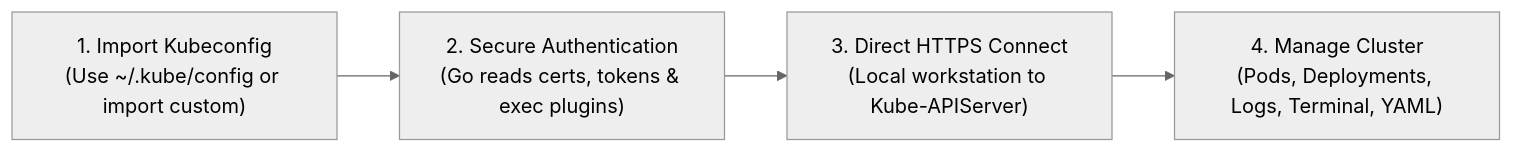
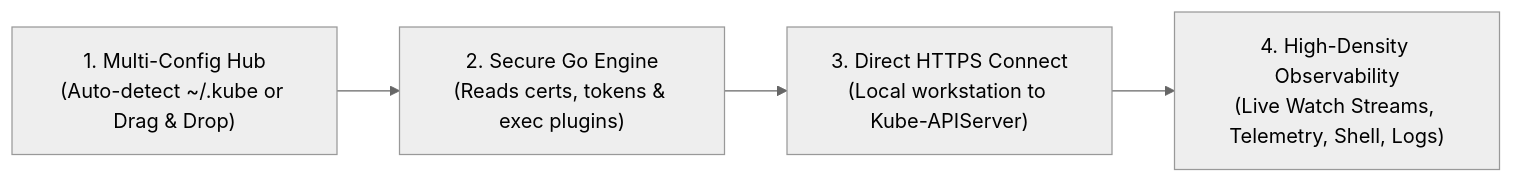
One commit to PorKeat/KubeView changed the diagram in README.md. Above: the diagram before and after it, drawn with Mermaid (neutral theme). The commit also changed other lines of this file and 88 other files, not shown here.

````diff
--- a/README.md
+++ b/README.md
@@ -26,6 +26,6 @@
 ```mermaid
 flowchart LR
-    A["1. Import Kubeconfig<br/>(Use ~/.kube/config or import custom)"] --> B["2. Secure Authentication<br/>(Go reads certs, tokens & exec plugins)"]
+    A["1. Multi-Config Hub<br/>(Auto-detect ~/.kube or Drag & Drop)"] --> B["2. Secure Go Engine<br/>(Reads certs, tokens & exec plugins)"]
     B --> C["3. Direct HTTPS Connect<br/>(Local workstation to Kube-APIServer)"]
-    C --> D["4. Manage Cluster<br/>(Pods, Deployments, Logs, Terminal, YAML)"]
+    C --> D["4. High-Density Observability<br/>(Live Watch Streams, Telemetry, Shell, Logs)"]
 ```
````
